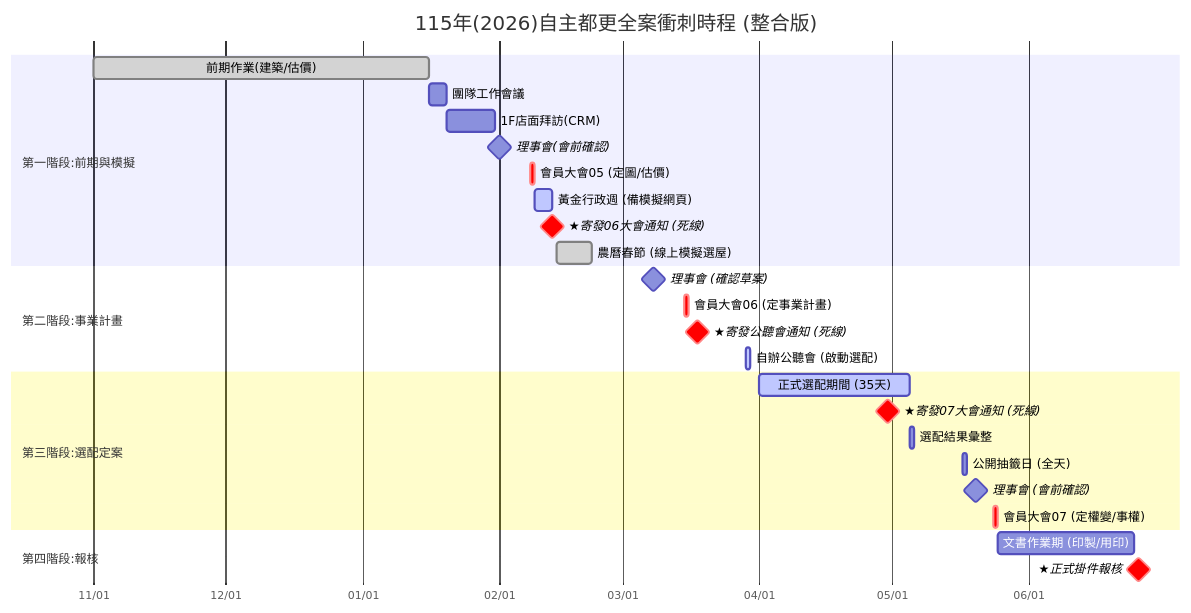
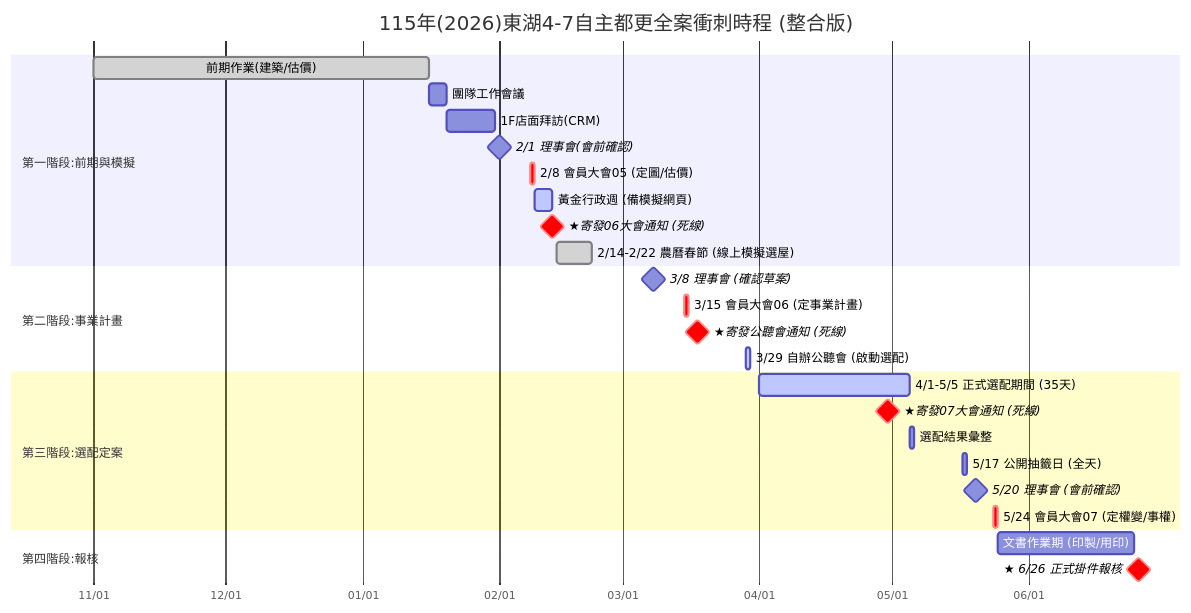
Before and after one commit to xa0627-sys/urbanrenewal_PCM: the diagram in gantt.md, drawn with Mermaid.

Commit message:
Update Gantt chart titles and dates for clarity

````diff
--- a/gantt.md
+++ b/gantt.md
@@ -3,35 +3,35 @@
 ```mermaid
 gantt
-    title 115年(2026)自主都更全案衝刺時程 (整合版)
+    title 115年(2026)東湖4-7自主都更全案衝刺時程 (整合版)
     dateFormat  YYYY-MM-DD
     axisFormat  %m/%d
     todayMarker off
 
     section 第一階段:前期與模擬
     前期作業(建築/估價)       :done, a0, 2025-11-01, 2026-01-16
     團隊工作會議             :a1, 2026-01-16, 2026-01-20
     1F店面拜訪(CRM)          :a2, 2026-01-20, 2026-01-31
-    理事會(會前確認)         :milestone, 2026-02-01, 0d
-    會員大會05 (定圖/估價)    :crit, m1, 2026-02-08, 1d
+    2/1 理事會(會前確認)         :milestone, 2026-02-01, 0d
+    2/8 會員大會05 (定圖/估價)    :crit, m1, 2026-02-08, 1d
     黃金行政週 (備模擬網頁)   :active, a3, 2026-02-09, 4d
     ★寄發06大會通知 (死線)    :crit, milestone, 2026-02-13, 0d
-    農曆春節 (線上模擬選屋)   :done, a4, 2026-02-14, 2026-02-22
+    2/14-2/22 農曆春節 (線上模擬選屋)   :done, a4, 2026-02-14, 2026-02-22
 
     section 第二階段:事業計畫
-    理事會 (確認草案)        :milestone, 2026-03-08, 0d
-    會員大會06 (定事業計畫)   :crit, m2, 2026-03-15, 1d
+    3/8 理事會 (確認草案)        :milestone, 2026-03-08, 0d
+    3/15 會員大會06 (定事業計畫)   :crit, m2, 2026-03-15, 1d
     ★寄發公聽會通知 (死線)    :crit, milestone, 2026-03-18, 0d
-    自辦公聽會 (啟動選配)     :active, m3, 2026-03-29, 1d
+    3/29 自辦公聽會 (啟動選配)     :active, m3, 2026-03-29, 1d
 
     section 第三階段:選配定案
-    正式選配期間 (35天)      :active, s1, 2026-04-01, 2026-05-05
+    4/1-5/5 正式選配期間 (35天)      :active, s1, 2026-04-01, 2026-05-05
     ★寄發07大會通知 (死線)    :crit, milestone, 2026-04-30, 0d
     選配結果彙整             :2026-05-05, 1d
-    公開抽籤日 (全天)        :m4, 2026-05-17, 1d
-    理事會 (會前確認)        :milestone, 2026-05-20, 0d
-    會員大會07 (定權變/事權)  :crit, m5, 2026-05-24, 1d
+    5/17 公開抽籤日 (全天)        :m4, 2026-05-17, 1d
+    5/20 理事會 (會前確認)        :milestone, 2026-05-20, 0d
+    5/24 會員大會07 (定權變/事權)  :crit, m5, 2026-05-24, 1d
 
     section 第四階段:報核
     文書作業期 (印製/用印)    :w1, 2026-05-25, 2026-06-25
-    ★正式掛件報核            :crit, milestone, 2026-06-26, 0d
+    ★ 6/26 正式掛件報核            :crit, milestone, 2026-06-26, 0d
 ```
````
